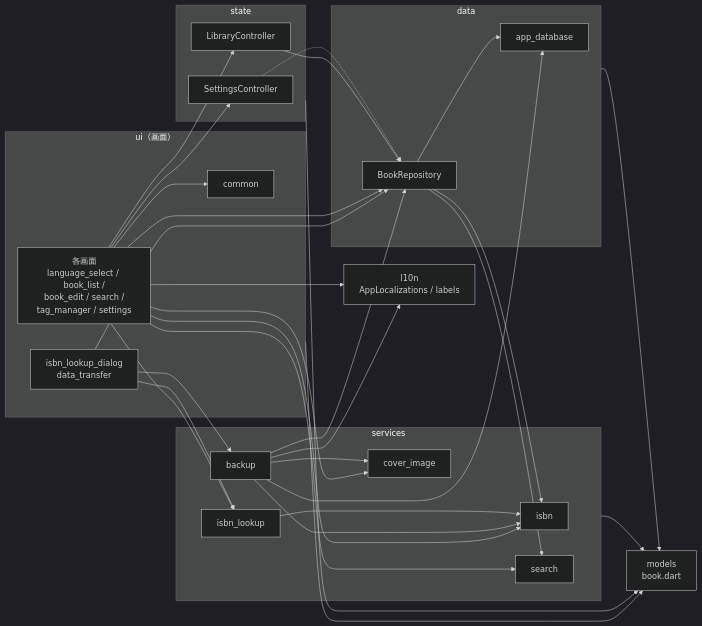
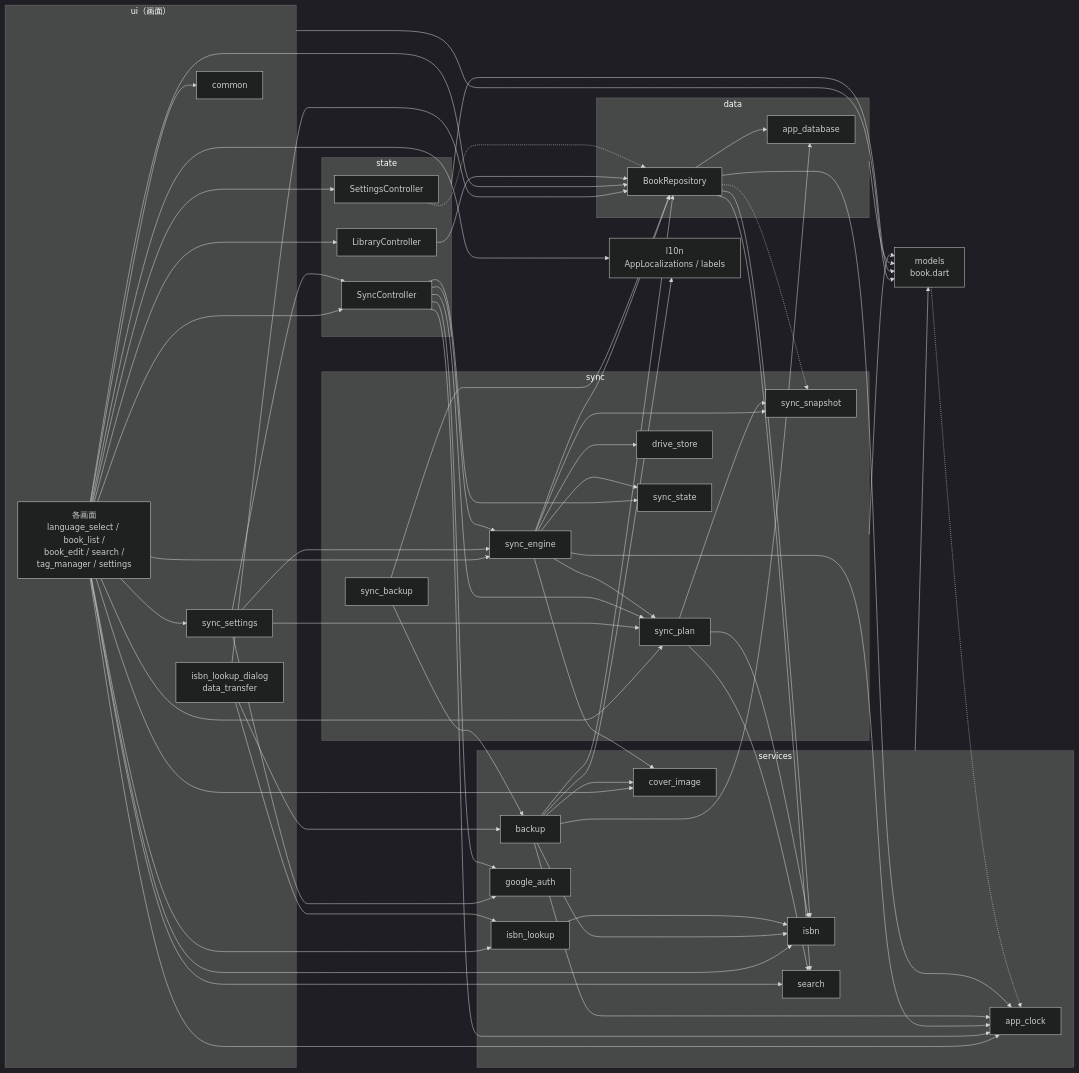
One commit to colophonbooks/colophon changed the first of 13 diagrams in docs/design/detail-design.ja.md. Above: the diagram before and after it, drawn with Mermaid (dark theme). The commit also changed other lines of this file and 7 other files, not shown here.

First line of the commit message:
Document Google Drive sync

````diff
--- a/docs/design/detail-design.ja.md
+++ b/docs/design/detail-design.ja.md
@@ -113,36 +130,55 @@
 ```mermaid
 flowchart LR
     subgraph ui["ui（画面）"]
         screens["各画面<br/>language_select / book_list /<br/>book_edit / search /<br/>tag_manager / settings"]
         dialogs["isbn_lookup_dialog<br/>data_transfer"]
+        syncui["sync_settings"]
         common["common"]
     end
     subgraph state["state"]
         settings["SettingsController"]
         library["LibraryController"]
+        syncctl["SyncController"]
     end
     subgraph services["services"]
         isbn["isbn"]
         lookup["isbn_lookup"]
         cover["cover_image"]
         search["search"]
         backup["backup"]
+        auth["google_auth"]
+        clock["app_clock"]
+    end
+    subgraph sync["sync"]
+        engine["sync_engine"]
+        plan["sync_plan"]
+        snapshot["sync_snapshot"]
+        drive["drive_store"]
+        syncstate["sync_state"]
+        syncbackup["sync_backup"]
     end
     subgraph data["data"]
         repo["BookRepository"]
         appdb["app_database"]
     end
     models["models<br/>book.dart"]
     l10n["l10n<br/>AppLocalizations / labels"]
 
     screens --> common & settings & library & search & cover & isbn & lookup
     dialogs --> backup & lookup & repo
-    screens --> repo
+    screens --> repo & syncctl & syncui & engine & plan & clock
+    syncui --> syncctl & auth & engine & plan
     library --> repo
     settings -.-> repo
-    backup --> repo & appdb & cover & isbn & l10n
-    repo --> appdb & isbn & search
+    syncctl --> auth & clock & engine & plan & syncstate
+    engine --> repo & clock & cover & drive & plan & snapshot & syncstate
+    plan --> snapshot & isbn & search
+    syncbackup --> repo & backup
+    backup --> repo & appdb & cover & isbn & l10n & clock
+    repo --> appdb & isbn & search & clock
+    repo -.-> snapshot
     lookup --> isbn
     screens --> l10n
-    ui & state & services & data --> models
+    ui & state & services & data & sync --> models
+    models -.-> clock
 ```
````
